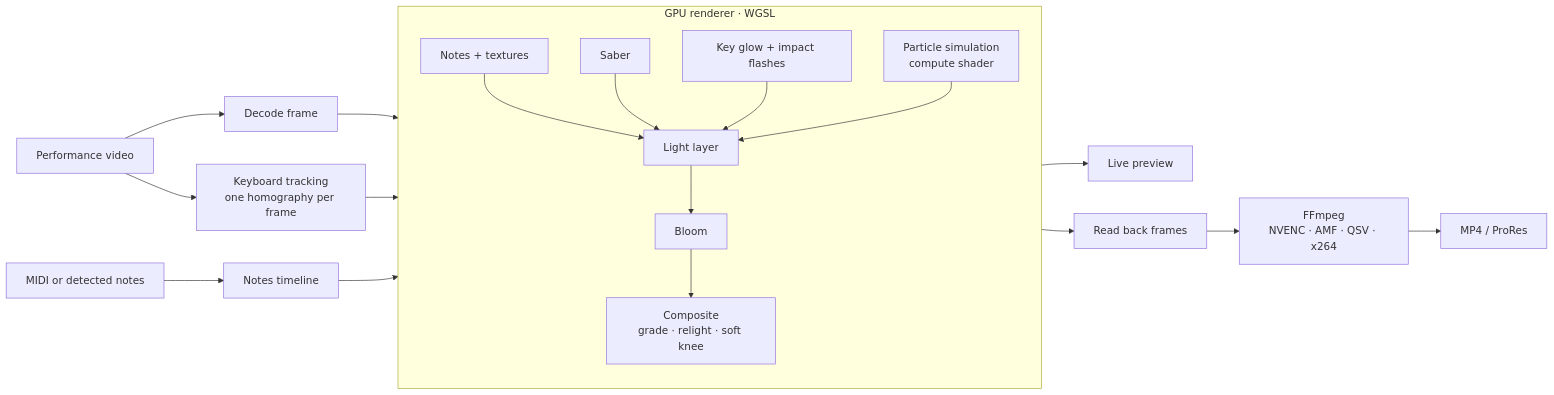
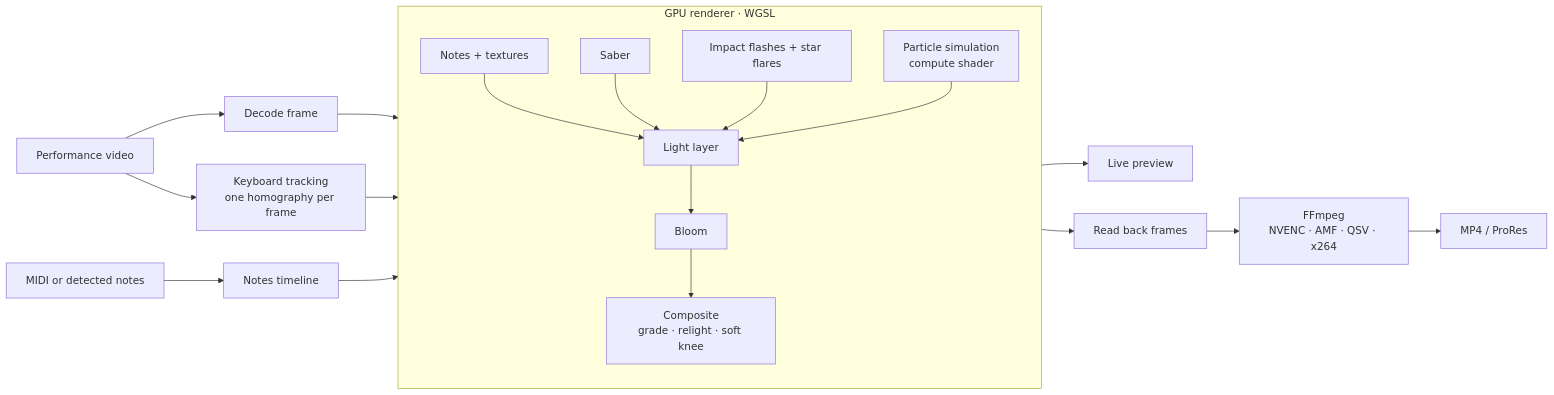
Before and after one commit to HetavShah/pianoverse: the diagram in README.md, drawn with Mermaid. The commit also changed other lines of this file and 1 other file, not shown here.

First line of the commit message:
Architecture guide; README project layout updated

````diff
--- a/README.md
+++ b/README.md
@@ -122,21 +122,21 @@
 ```mermaid
 flowchart LR
     V[Performance video] --> D[Decode frame]
     M[MIDI or detected notes] --> N[Notes timeline]
     V --> T[Keyboard tracking<br/>one homography per frame]
     D --> G
     N --> G
     T --> G
     subgraph G[GPU renderer · WGSL]
       direction TB
       G1[Notes + textures] --> L[Light layer]
       G2[Saber] --> L
-      G3[Key glow + impact flashes] --> L
+      G3[Impact flashes + star flares] --> L
       G4[Particle simulation<br/>compute shader] --> L
       L --> B[Bloom]
       B --> C[Composite<br/>grade · relight · soft knee]
     end
     C --> P[Live preview]
     C --> R[Read back frames] --> F[FFmpeg<br/>NVENC · AMF · QSV · x264]
     F --> E[MP4 / ProRes]
 ```
````
